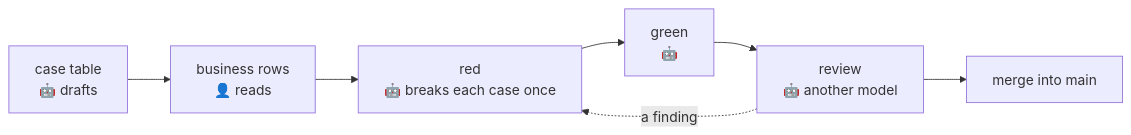
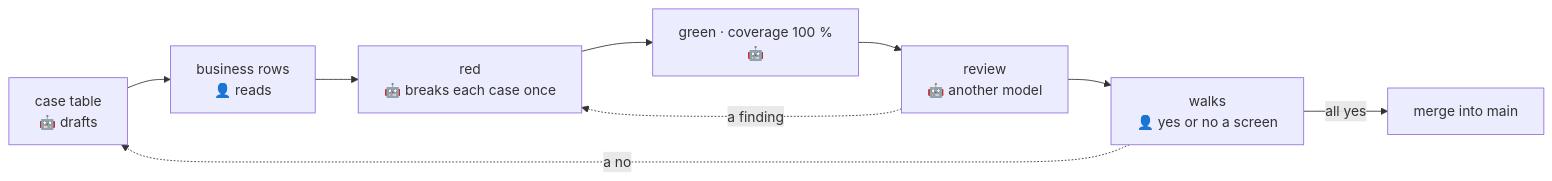
One commit to ancJ29/credo changed the diagram in docs/conventions/qa.md. Above: the diagram before and after it, drawn with Mermaid. The commit also changed other lines of this file, not shown here.

First line of the commit message:
docs(qa): the screens as the end-to-end check; coverage at 100 % with every line left out said

````diff
--- a/docs/conventions/qa.md
+++ b/docs/conventions/qa.md
@@ -11,9 +12,11 @@
 ```mermaid
 flowchart LR
   table["case table<br/>🤖 drafts"] --> business["business rows<br/>👤 reads"]
   business --> red["red<br/>🤖 breaks each case once"]
-  red --> green["green<br/>🤖"]
+  red --> green["green · coverage 100 %<br/>🤖"]
   green --> review["review<br/>🤖 another model"]
-  review --> merge["merge into main"]
+  review --> walks["walks<br/>👤 yes or no a screen"]
+  walks -- "all yes" --> merge["merge into main"]
   review -. a finding .-> red
+  walks -. a no .-> table
 ```
````
